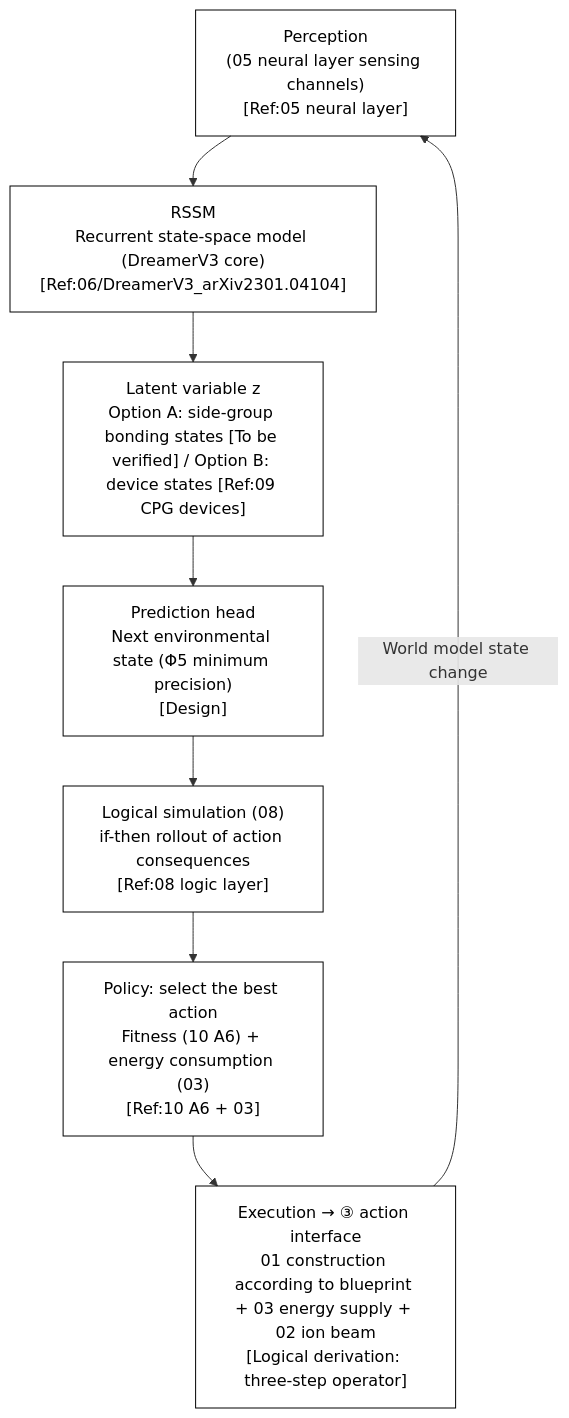
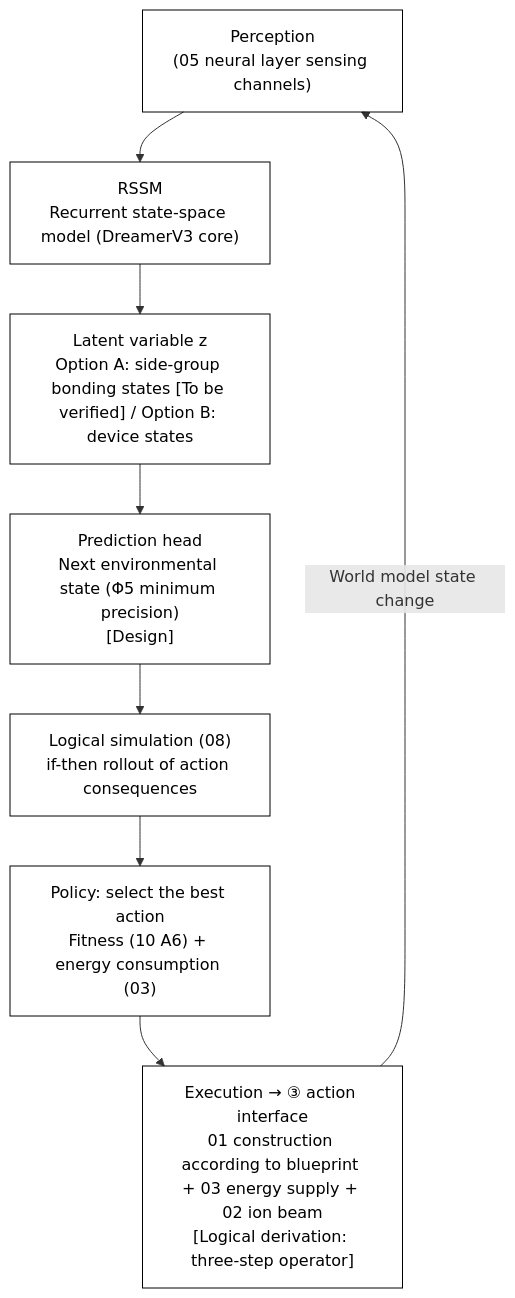
One commit to RichardASimon/Silicon-Biological-Blueprint changed the first of 2 diagrams in en-US/06-World-Model.md. Above: the diagram before and after it, drawn with Mermaid. The commit also changed other lines of this file and 23 other files, not shown here.

First line of the commit message:
docs: improve report formatting, table balance and diagram captions

````diff
--- a/en-US/06-World-Model.md
+++ b/en-US/06-World-Model.md
@@ -137,21 +168,21 @@
 ```mermaid
 flowchart TB
-    S["Perception<br/>(05 neural layer sensing channels)<br/>[Ref:05 neural layer]"]
-    R["RSSM<br/>Recurrent state-space model (DreamerV3 core)<br/>[Ref:06/DreamerV3_arXiv2301.04104]"]
-    Z["Latent variable z<br/>Option A: side-group bonding states [To be verified] / Option B: device states [Ref:09 CPG devices]"]
+    S["Perception<br/>(05 neural layer sensing channels)<br/>"]
+    R["RSSM<br/>Recurrent state-space model (DreamerV3 core)<br/>"]
+    Z["Latent variable z<br/>Option A: side-group bonding states [To be verified] / Option B: device states "]
     P["Prediction head<br/>Next environmental state (Φ5 minimum precision)<br/>[Design]"]
-    L["Logical simulation (08)<br/>if-then rollout of action consequences<br/>[Ref:08 logic layer]"]
-    P2["Policy: select the best action<br/>Fitness (10 A6) + energy consumption (03)<br/>[Ref:10 A6 + 03]"]
+    L["Logical simulation (08)<br/>if-then rollout of action consequences<br/>"]
+    P2["Policy: select the best action<br/>Fitness (10 A6) + energy consumption (03)<br/>"]
     EX["Execution → ③ action interface<br/>01 construction according to blueprint + 03 energy supply + 02 ion beam<br/>[Logical derivation: three-step operator]"]
 
     S --> R
     R --> Z
     Z --> P
     P --> L
     L --> P2
     P2 --> EX
     EX -->|World model state change| S
 
     classDef box fill:transparent,stroke:currentColor,color:currentColor
     class S,R,Z,P,L,P2,EX box
 ```
````
